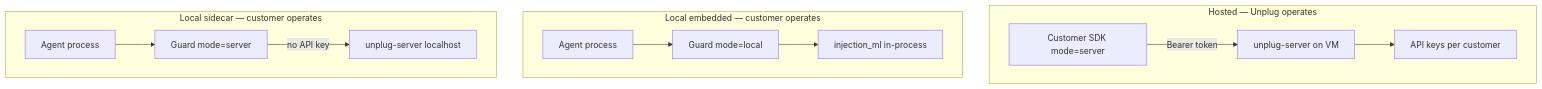
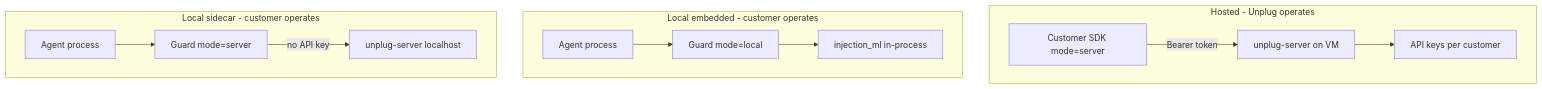
Before and after one commit to AaliyaKhan25/Unplugak: the diagram in sdk/docs/DEPLOYMENT.md, drawn with Mermaid. The commit also changed other lines of this file and 16 other files, not shown here.

````diff
--- a/sdk/docs/DEPLOYMENT.md
+++ b/sdk/docs/DEPLOYMENT.md
@@ -5,24 +5,24 @@
 ```mermaid
 flowchart TB
-  subgraph hosted [Hosted — Unplug operates]
+  subgraph hosted [Hosted - Unplug operates]
     VM[unplug-server on VM]
     Keys[API keys per customer]
     VM --> Keys
     CustSDK1[Customer SDK mode=server]
     CustSDK1 -->|Bearer token| VM
   end
 
-  subgraph embedded [Local embedded — customer operates]
+  subgraph embedded [Local embedded - customer operates]
     Agent[Agent process]
     Guard1[Guard mode=local]
     ML1[injection_ml in-process]
     Agent --> Guard1 --> ML1
   end
 
-  subgraph sidecar [Local sidecar — customer operates]
+  subgraph sidecar [Local sidecar - customer operates]
     Sidecar[unplug-server localhost]
     Agent2[Agent process]
     Guard2[Guard mode=server]
     Agent2 --> Guard2 -->|no API key| Sidecar
   end
 ```
````
